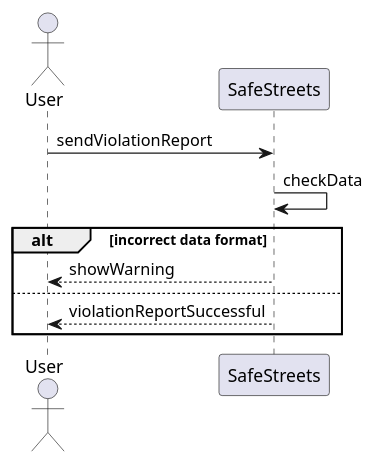
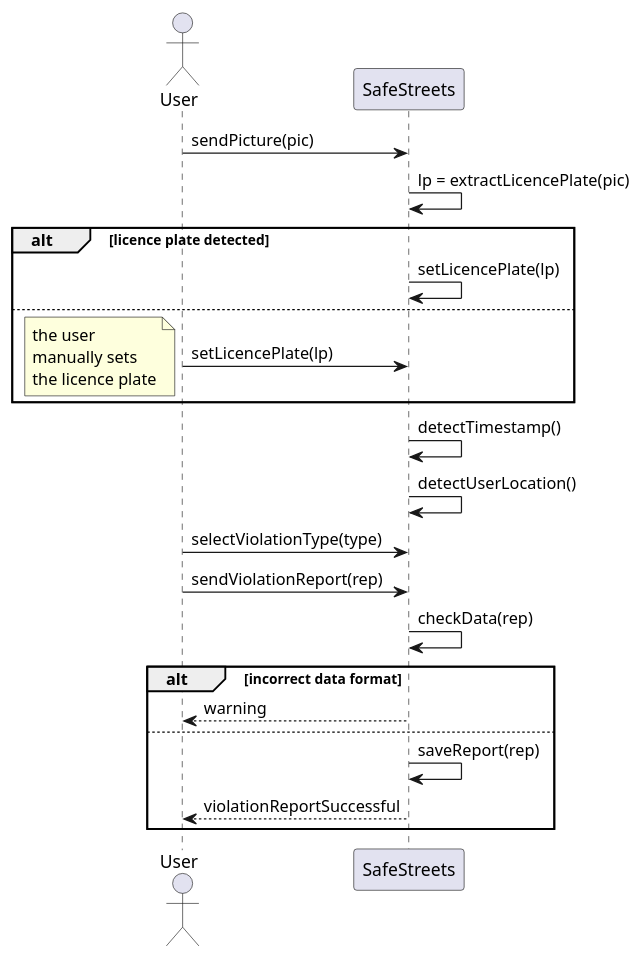
The diagram in diagrams/rasd_sequence_diagram_uc_1_3.wsd (fuljo/FulginiDiCesare-SE2), drawn with PlantUML before and after one commit. The commit also changed 3 other files, not shown here.

```diff
--- a/diagrams/rasd_sequence_diagram_uc_1_3.wsd
+++ b/diagrams/rasd_sequence_diagram_uc_1_3.wsd
@@ -1,17 +1,37 @@
 @startuml rasd_sequence_diagram_uc_1_3
 skinparam Shadowing false
 
 actor User as U
 participant SafeStreets as SS
 
-U -> SS : sendViolationReport
-SS -> SS : checkData
+U -> SS : sendPicture(pic)
+SS -> SS : lp = extractLicencePlate(pic)
+
+alt licence plate detected
+SS -> SS : setLicencePlate(lp)
+else
+U -> SS : setLicencePlate(lp)
+note left
+    the user
+    manually sets
+    the licence plate
+end note
+end
+
+SS -> SS : detectTimestamp()
+SS -> SS : detectUserLocation()
+
+U -> SS : selectViolationType(type)
+U -> SS : sendViolationReport(rep)
+
+SS -> SS : checkData(rep)
 
 alt incorrect data format
-SS --> U : showWarning
-else 
+SS --> U : warning
+else
+SS -> SS : saveReport(rep)
 SS --> U : violationReportSuccessful
 end
 
 
 @enduml
```
